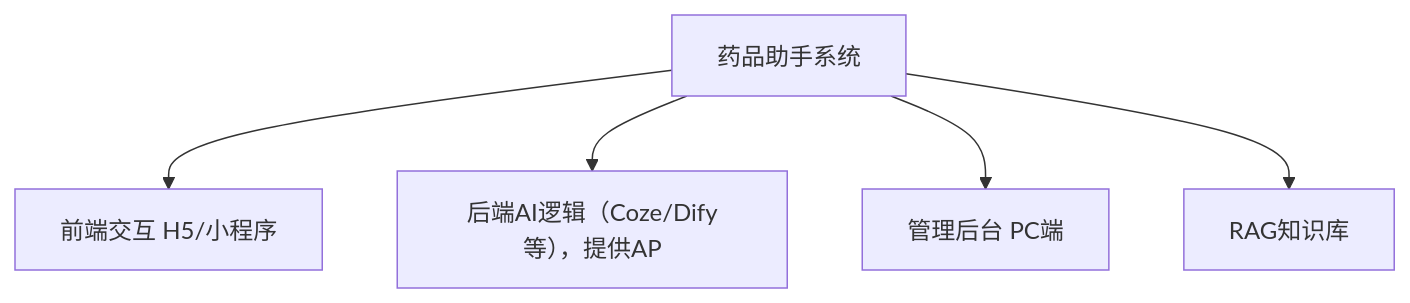
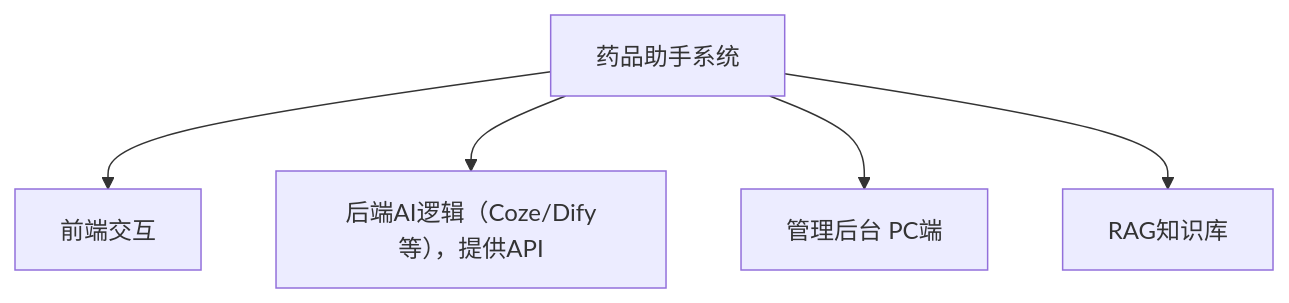
The diagram in all/未命名.md (funnyData/iodraw-files), drawn with Mermaid before and after one commit.

Commit message:
2025-02-21 14:07:24 update

````diff
--- a/all/未命名.md
+++ b/all/未命名.md
@@ -1,7 +1,7 @@
 ```mermaid
 graph TD
-    A[药品助手系统] --> B[前端交互 H5/小程序]
-    A --> C[后端AI逻辑（Coze/Dify等），提供AP]
+    A[药品助手系统] --> B[前端交互]
+    A --> C[后端AI逻辑（Coze/Dify等），提供API]
     A --> D[管理后台 PC端]
     A --> E[RAG知识库]
 ```
````
